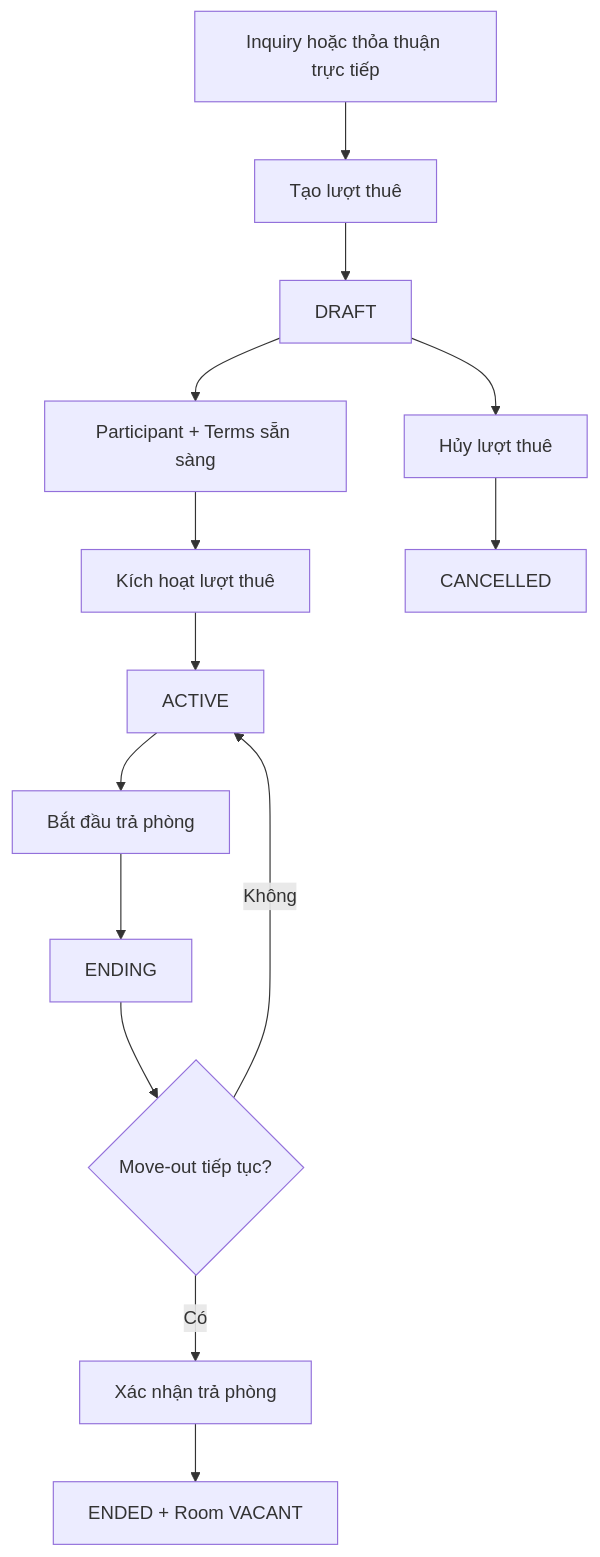
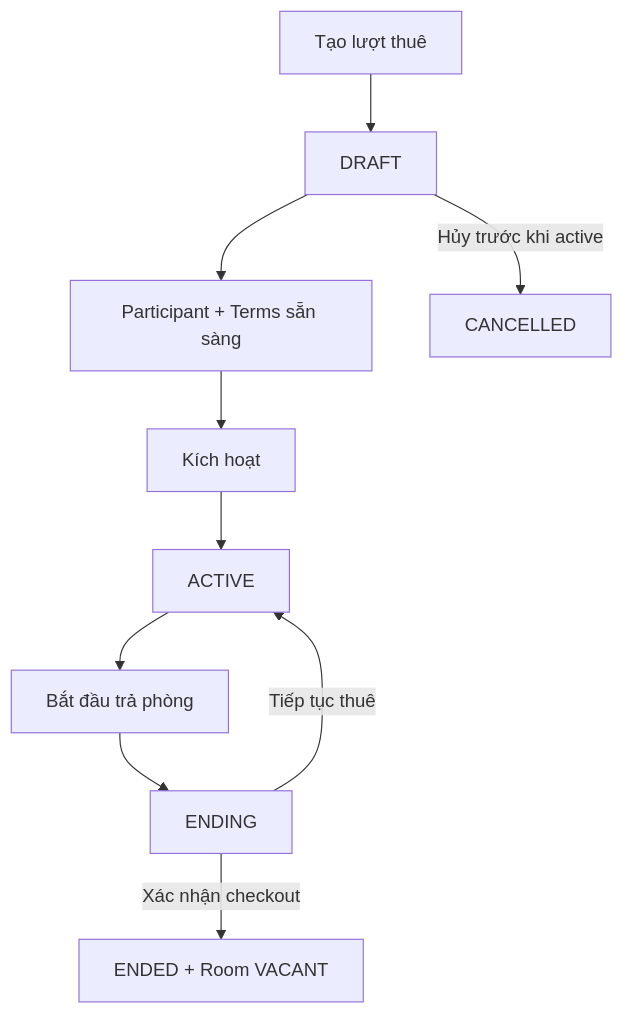
Before and after one commit to Danh20100/moibile_app: the diagram in docs/backlogs/v1/tenancy.md, drawn with Mermaid. The commit also changed other lines of this file and 7 other files, not shown here.

````diff
--- a/docs/backlogs/v1/tenancy.md
+++ b/docs/backlogs/v1/tenancy.md
@@ -34,16 +25,12 @@
 ```mermaid
 flowchart TD
-    A["Inquiry hoặc thỏa thuận trực tiếp"] --> B["Tạo lượt thuê"]
-    B --> C["DRAFT"]
-    C --> D["Participant + Terms sẵn sàng"]
-    D --> E["Kích hoạt lượt thuê"]
-    E --> F["ACTIVE"]
-    F --> G["Bắt đầu trả phòng"]
-    G --> H["ENDING"]
-    H --> I{"Move-out tiếp tục?"}
-    I -->|"Không"| F
-    I -->|"Có"| J["Xác nhận trả phòng"]
-    J --> K["ENDED + Room VACANT"]
-    C --> L["Hủy lượt thuê"]
-    L --> M["CANCELLED"]
+    A["Tạo lượt thuê"] --> B["DRAFT"]
+    B --> C["Participant + Terms sẵn sàng"]
+    C --> D["Kích hoạt"]
+    D --> E["ACTIVE"]
+    E --> F["Bắt đầu trả phòng"]
+    F --> G["ENDING"]
+    G -->|"Tiếp tục thuê"| E
+    G -->|"Xác nhận checkout"| H["ENDED + Room VACANT"]
+    B -->|"Hủy trước khi active"| I["CANCELLED"]
 ```
````
